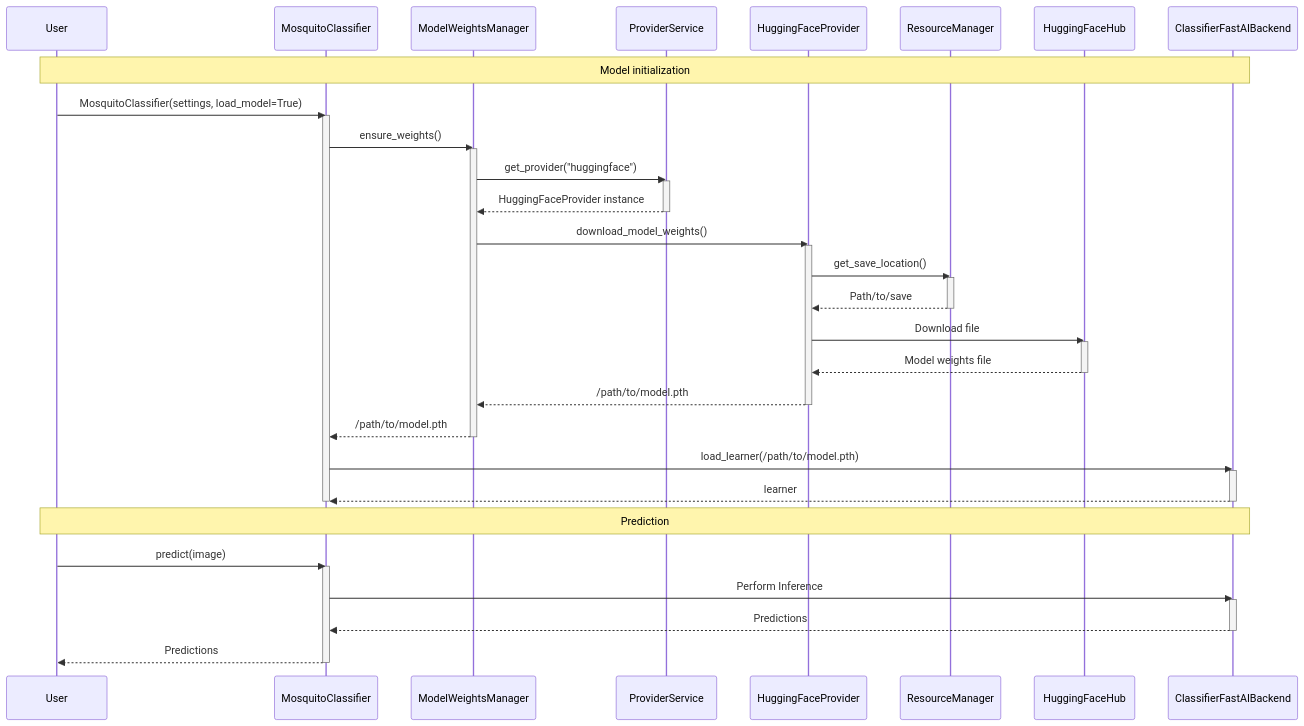
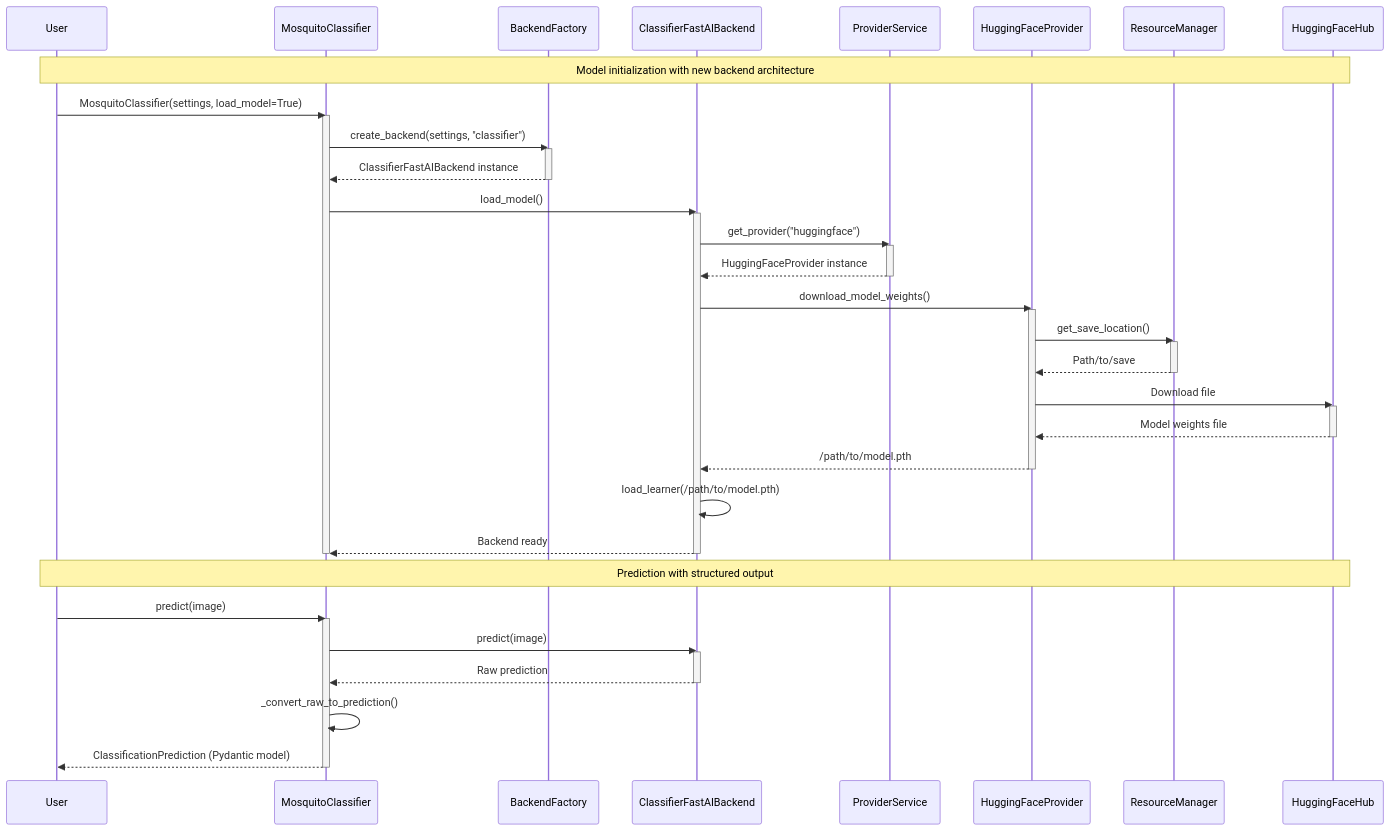
Before and after one commit to iloncka-ds/culicidaelab: the second of 2 diagrams in docs/en/dev_docs/architecture.md, drawn with Mermaid. The commit also changed other lines of this file and 5 other files, not shown here.

````diff
--- a/docs/en/dev_docs/architecture.md
+++ b/docs/en/dev_docs/architecture.md
@@ -245,55 +305,58 @@
 ```mermaid
 sequenceDiagram
     participant User
     participant MosquitoClassifier
-    participant ModelWeightsManager
+    participant BackendFactory
+    participant ClassifierFastAIBackend
     participant ProviderService
     participant HuggingFaceProvider
     participant ResourceManager
     participant HuggingFaceHub
-    participant ClassifierFastAIBackend
 
-	Note over User, ClassifierFastAIBackend: Model initialization
+	Note over User, HuggingFaceHub: Model initialization with new backend architecture
 
     User->>MosquitoClassifier: MosquitoClassifier(settings, load_model=True)
     activate MosquitoClassifier
-    MosquitoClassifier->>ModelWeightsManager: ensure_weights()
-    activate ModelWeightsManager
-
-    ModelWeightsManager->>ProviderService: get_provider("huggingface")
+    MosquitoClassifier->>BackendFactory: create_backend(settings, "classifier")
+    activate BackendFactory
+    BackendFactory-->>MosquitoClassifier: ClassifierFastAIBackend instance
+    deactivate BackendFactory
+    
+    MosquitoClassifier->>ClassifierFastAIBackend: load_model()
+    activate ClassifierFastAIBackend
+    ClassifierFastAIBackend->>ProviderService: get_provider("huggingface")
     activate ProviderService
-    ProviderService-->>ModelWeightsManager: HuggingFaceProvider instance
+    ProviderService-->>ClassifierFastAIBackend: HuggingFaceProvider instance
     deactivate ProviderService
 
-    ModelWeightsManager->>HuggingFaceProvider: download_model_weights()
+    ClassifierFastAIBackend->>HuggingFaceProvider: download_model_weights()
     activate HuggingFaceProvider
     HuggingFaceProvider->>ResourceManager: get_save_location()
     activate ResourceManager
     ResourceManager-->>HuggingFaceProvider: Path/to/save
     deactivate ResourceManager
     HuggingFaceProvider->>HuggingFaceHub: Download file
     activate HuggingFaceHub
     HuggingFaceHub-->>HuggingFaceProvider: Model weights file
     deactivate HuggingFaceHub
-    HuggingFaceProvider-->>ModelWeightsManager: /path/to/model.pth
+    HuggingFaceProvider-->>ClassifierFastAIBackend: /path/to/model.pth
     deactivate HuggingFaceProvider
-    ModelWeightsManager-->>MosquitoClassifier: /path/to/model.pth
-    deactivate ModelWeightsManager
-    MosquitoClassifier->>ClassifierFastAIBackend: load_learner(/path/to/model.pth)
-    activate ClassifierFastAIBackend
-    ClassifierFastAIBackend-->>MosquitoClassifier: learner
+    
+    ClassifierFastAIBackend->>ClassifierFastAIBackend: load_learner(/path/to/model.pth)
+    ClassifierFastAIBackend-->>MosquitoClassifier: Backend ready
     deactivate ClassifierFastAIBackend
     deactivate MosquitoClassifier
 
-    Note over User, ClassifierFastAIBackend: Prediction
+    Note over User, HuggingFaceHub: Prediction with structured output
 
     User->>MosquitoClassifier: predict(image)
     activate MosquitoClassifier
-    MosquitoClassifier->>ClassifierFastAIBackend: Perform Inference
+    MosquitoClassifier->>ClassifierFastAIBackend: predict(image)
     activate ClassifierFastAIBackend
-    ClassifierFastAIBackend-->>MosquitoClassifier: Predictions
+    ClassifierFastAIBackend-->>MosquitoClassifier: Raw prediction
     deactivate ClassifierFastAIBackend
-    MosquitoClassifier-->>User: Predictions
+    MosquitoClassifier->>MosquitoClassifier: _convert_raw_to_prediction()
+    MosquitoClassifier-->>User: ClassificationPrediction (Pydantic model)
     deactivate MosquitoClassifier
 
 ```
````
